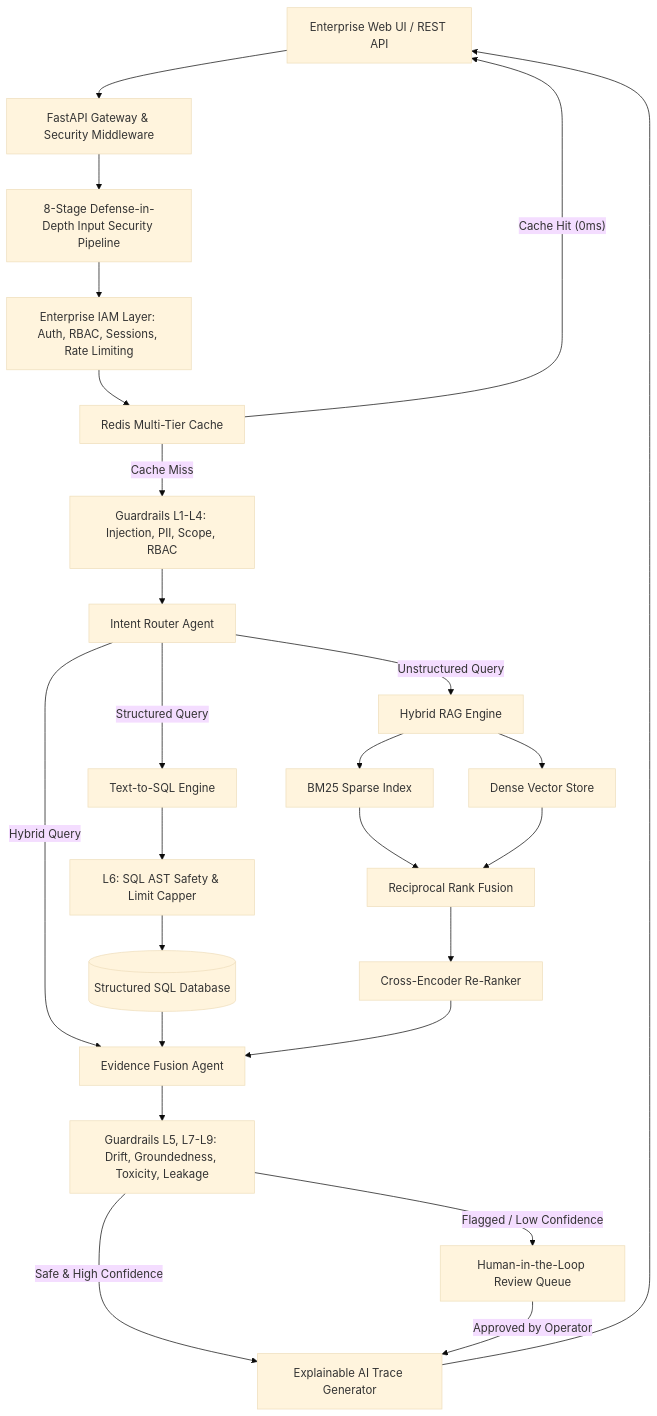
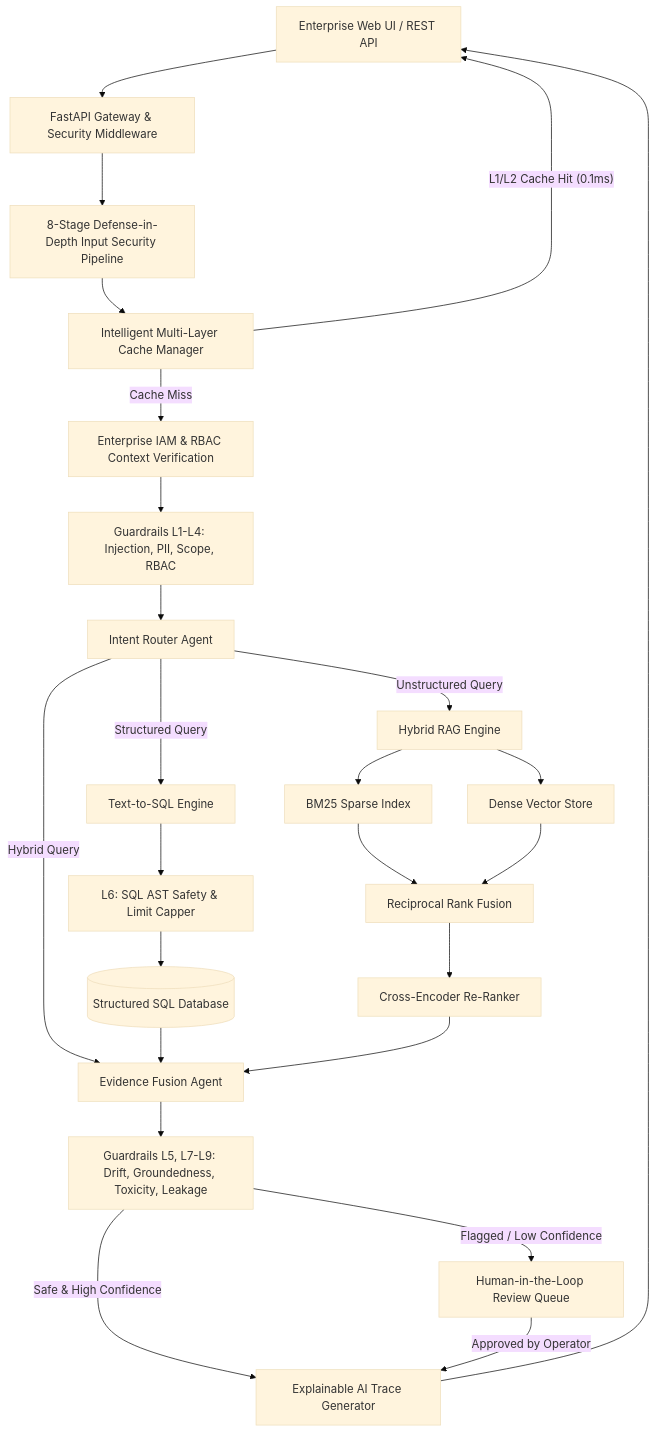
The first of 2 diagrams in README.md (sreeram0343/ragtune), drawn with Mermaid (base theme) before and after one commit. The commit also changed other lines of this file, not shown here.

Commit message:
docs: update README with Intelligent Multi-Layer Caching System architecture, single-flight coalescing, tag invalidation, and telemetry

````diff
--- a/README.md
+++ b/README.md
@@ -36,35 +38,36 @@
 ```mermaid
 graph TD
     Client[Enterprise Web UI / REST API] --> Gateway[FastAPI Gateway & Security Middleware]
     Gateway --> SecurityPipeline[8-Stage Defense-in-Depth Input Security Pipeline]
-    SecurityPipeline --> IAM[Enterprise IAM Layer: Auth, RBAC, Sessions, Rate Limiting]
-    IAM --> Cache[Redis Multi-Tier Cache]
-    Cache -- Cache Hit (0ms) --> Client
-    Cache -- Cache Miss --> G_Pre[Guardrails L1-L4: Injection, PII, Scope, RBAC]
+    SecurityPipeline --> CacheManager[Intelligent Multi-Layer Cache Manager]
     
+    CacheManager -- L1/L2 Cache Hit (0.1ms) --> Client
+    CacheManager -- Cache Miss --> IAM[Enterprise IAM & RBAC Context Verification]
+    
+    IAM --> G_Pre[Guardrails L1-L4: Injection, PII, Scope, RBAC]
     G_Pre --> Router[Intent Router Agent]
     
     Router -->|Structured Query| SQLAgent[Text-to-SQL Engine]
     Router -->|Unstructured Query| RAGAgent[Hybrid RAG Engine]
     Router -->|Hybrid Query| FusionAgent[Evidence Fusion Agent]
     
     SQLAgent --> SQLGuard[L6: SQL AST Safety & Limit Capper]
     SQLGuard --> DB[(Structured SQL Database)]
     
     RAGAgent --> BM25[BM25 Sparse Index]
     RAGAgent --> Dense[Dense Vector Store]
     BM25 --> RRF[Reciprocal Rank Fusion]
     Dense --> RRF
     RRF --> ReRanker[Cross-Encoder Re-Ranker]
     
     DB --> FusionAgent
     ReRanker --> FusionAgent
     
     FusionAgent --> G_Post[Guardrails L5, L7-L9: Drift, Groundedness, Toxicity, Leakage]
     
     G_Post -- Safe & High Confidence --> XAI[Explainable AI Trace Generator]
     G_Post -- Flagged / Low Confidence --> HITL[Human-in-the-Loop Review Queue]
     
     HITL -- Approved by Operator --> XAI
     XAI --> Client
 ```
````
